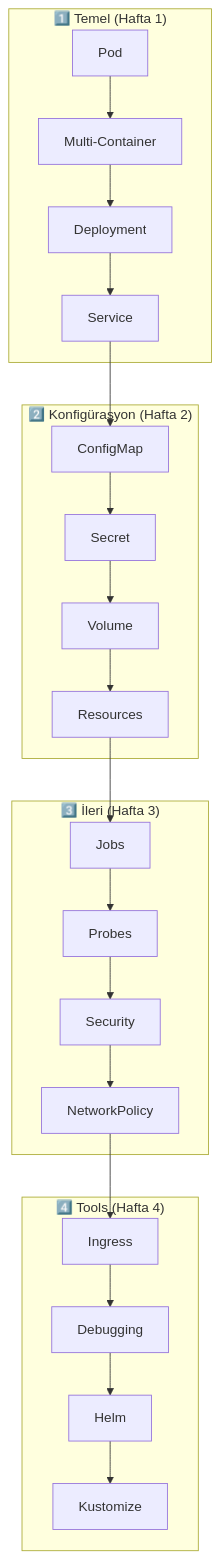
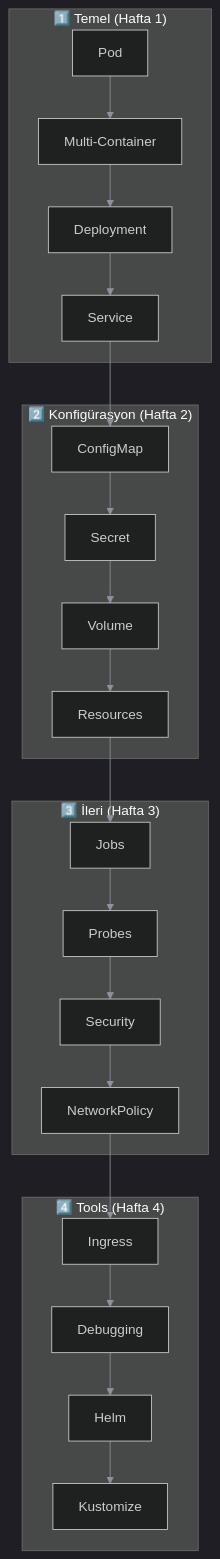
One commit to uzunenes/CKAD changed the diagram in README.md. Above: the diagram before and after it, drawn with Mermaid. The commit also changed other lines of this file and 1 other file, not shown here.

Commit message:
🎨 Görsel iyileştirmeler: Dark mermaid teması, badge'ler, GitHub Pages config

````diff
--- a/README.md
+++ b/README.md
@@ -36,30 +42,31 @@
 ```mermaid
+%%{init: {'theme': 'dark', 'themeVariables': { 'primaryColor': '#1f6feb', 'primaryTextColor': '#fff', 'primaryBorderColor': '#388bfd', 'lineColor': '#8b949e', 'secondaryColor': '#21262d', 'tertiaryColor': '#161b22'}}}%%
 graph TB
     subgraph "1️⃣ Temel (Hafta 1)"
         POD[Pod] --> MULTI[Multi-Container]
         MULTI --> DEP[Deployment]
         DEP --> SVC[Service]
     end
     
     subgraph "2️⃣ Konfigürasyon (Hafta 2)"
         CM[ConfigMap] --> SEC[Secret]
         SEC --> VOL[Volume]
         VOL --> RES[Resources]
     end
     
     subgraph "3️⃣ İleri (Hafta 3)"
         JOB[Jobs] --> PROBE[Probes]
         PROBE --> SECCTX[Security]
         SECCTX --> NP[NetworkPolicy]
     end
     
     subgraph "4️⃣ Tools (Hafta 4)"
         ING[Ingress] --> DEBUG[Debugging]
         DEBUG --> HELM[Helm]
         HELM --> KUS[Kustomize]
     end
     
     SVC --> CM
     RES --> JOB
     NP --> ING
 ```
````
